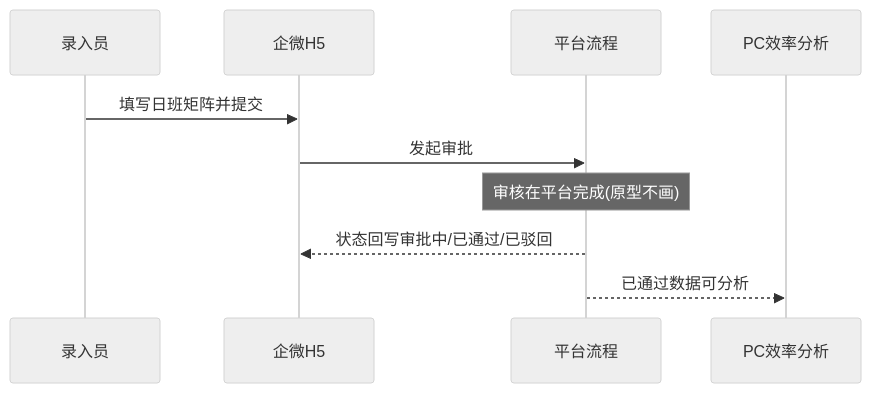
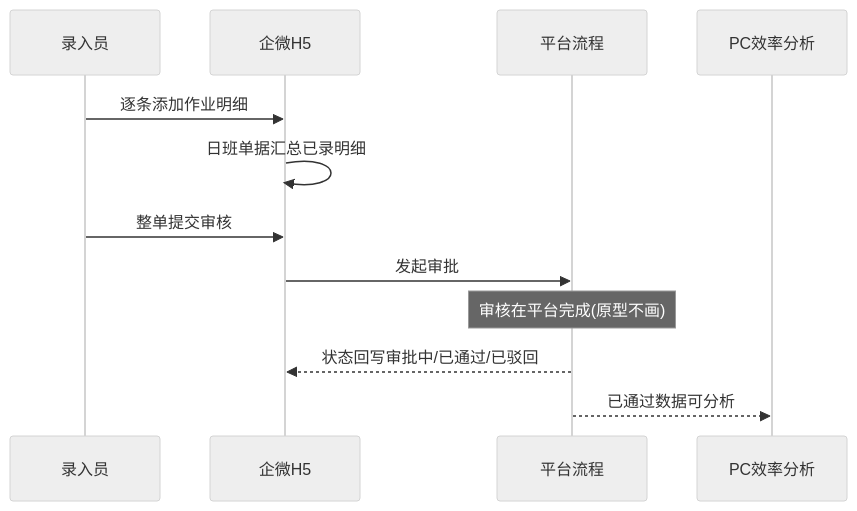
Before and after one commit to liaoliao66/TOS: the fifth of 6 diagrams in docs/versions/v1.0.0/prd.md, drawn with Mermaid (neutral theme). The commit also changed other lines of this file and 11 other files, not shown here.

````diff
--- a/docs/versions/v1.0.0/prd.md
+++ b/docs/versions/v1.0.0/prd.md
@@ -196,13 +196,15 @@
 ```mermaid
 sequenceDiagram
     participant U as 录入员
     participant WX as 企微H5
     participant P as 平台流程
     participant PC as PC效率分析
 
-    U->>WX: 填写日班矩阵并提交
+    U->>WX: 逐条添加作业明细
+    WX->>WX: 日班单据汇总已录明细
+    U->>WX: 整单提交审核
     WX->>P: 发起审批
     Note over P: 审核在平台完成(原型不画)
     P-->>WX: 状态回写审批中/已通过/已驳回
     P-->>PC: 已通过数据可分析
 ```
````
